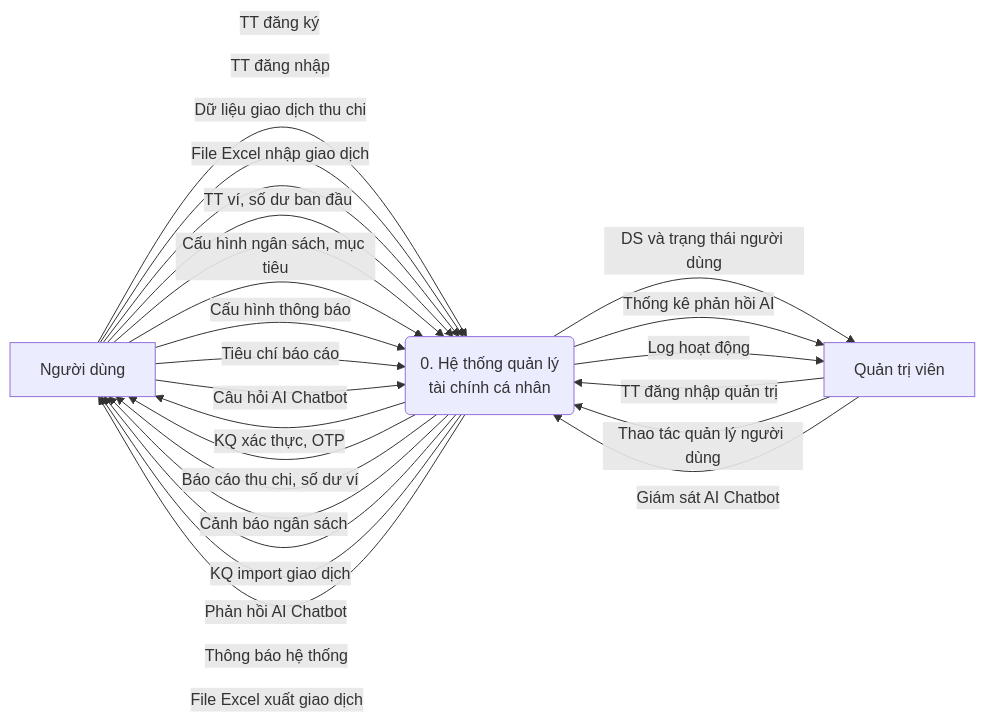
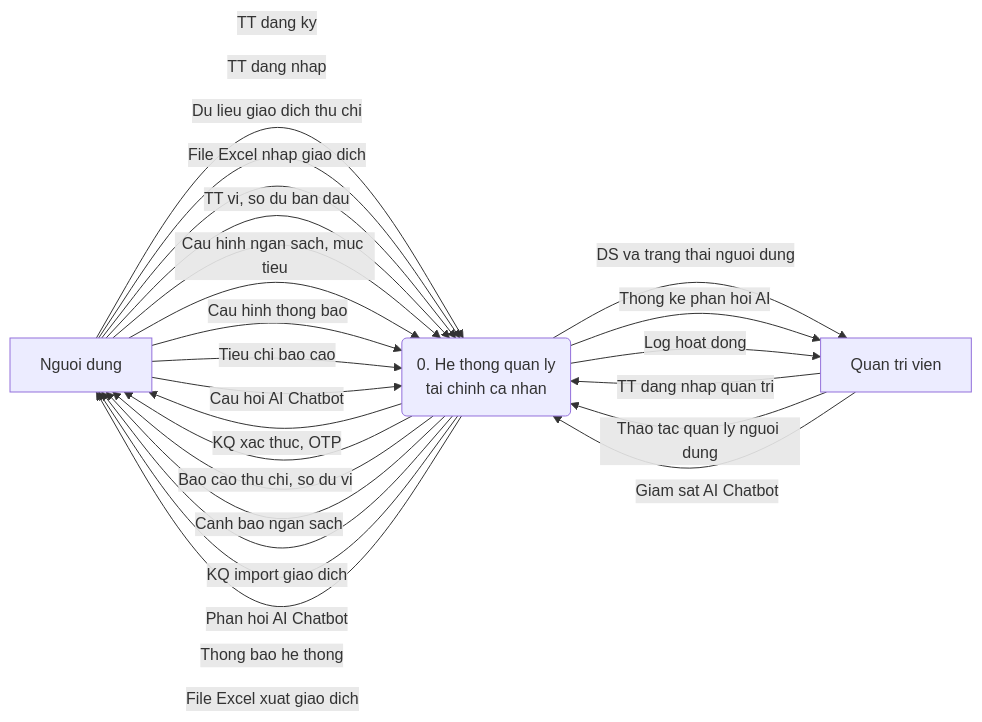
One commit to Hieu-vn/Graduation-Thesis changed the first of 10 diagrams in DFD_Diagrams.md. Above: the diagram before and after it, drawn with Mermaid. The commit also changed other lines of this file, not shown here.

Commit message:
docs: Update DFD diagrams.

````diff
--- a/DFD_Diagrams.md
+++ b/DFD_Diagrams.md
@@ -24,32 +24,32 @@
 ```mermaid
 flowchart LR
-    ND["Người dùng"]
-    P0("0. Hệ thống quản lý\ntài chính cá nhân")
-    QT["Quản trị viên"]
+    ND["Nguoi dung"]
+    P0("0. He thong quan ly\ntai chinh ca nhan")
+    QT["Quan tri vien"]
 
-    ND -->|"TT đăng ký"| P0
-    ND -->|"TT đăng nhập"| P0
-    ND -->|"Dữ liệu giao dịch thu chi"| P0
-    ND -->|"File Excel nhập giao dịch"| P0
-    ND -->|"TT ví, số dư ban đầu"| P0
-    ND -->|"Cấu hình ngân sách, mục tiêu"| P0
-    ND -->|"Cấu hình thông báo"| P0
-    ND -->|"Tiêu chí báo cáo"| P0
-    ND -->|"Câu hỏi AI Chatbot"| P0
+    ND -->|"TT dang ky"| P0
+    ND -->|"TT dang nhap"| P0
+    ND -->|"Du lieu giao dich thu chi"| P0
+    ND -->|"File Excel nhap giao dich"| P0
+    ND -->|"TT vi, so du ban dau"| P0
+    ND -->|"Cau hinh ngan sach, muc tieu"| P0
+    ND -->|"Cau hinh thong bao"| P0
+    ND -->|"Tieu chi bao cao"| P0
+    ND -->|"Cau hoi AI Chatbot"| P0
 
-    P0 -->|"KQ xác thực, OTP"| ND
-    P0 -->|"Báo cáo thu chi, số dư ví"| ND
-    P0 -->|"Cảnh báo ngân sách"| ND
-    P0 -->|"KQ import giao dịch"| ND
-    P0 -->|"Phản hồi AI Chatbot"| ND
-    P0 -->|"Thông báo hệ thống"| ND
-    P0 -->|"File Excel xuất giao dịch"| ND
+    P0 -->|"KQ xac thuc, OTP"| ND
+    P0 -->|"Bao cao thu chi, so du vi"| ND
+    P0 -->|"Canh bao ngan sach"| ND
+    P0 -->|"KQ import giao dich"| ND
+    P0 -->|"Phan hoi AI Chatbot"| ND
+    P0 -->|"Thong bao he thong"| ND
+    P0 -->|"File Excel xuat giao dich"| ND
 
-    QT -->|"TT đăng nhập quản trị"| P0
-    QT -->|"Thao tác quản lý người dùng"| P0
-    QT -->|"Giám sát AI Chatbot"| P0
+    QT -->|"TT dang nhap quan tri"| P0
+    QT -->|"Thao tac quan ly nguoi dung"| P0
+    QT -->|"Giam sat AI Chatbot"| P0
 
-    P0 -->|"DS và trạng thái người dùng"| QT
-    P0 -->|"Thống kê phản hồi AI"| QT
-    P0 -->|"Log hoạt động"| QT
+    P0 -->|"DS va trang thai nguoi dung"| QT
+    P0 -->|"Thong ke phan hoi AI"| QT
+    P0 -->|"Log hoat dong"| QT
 ```
````
